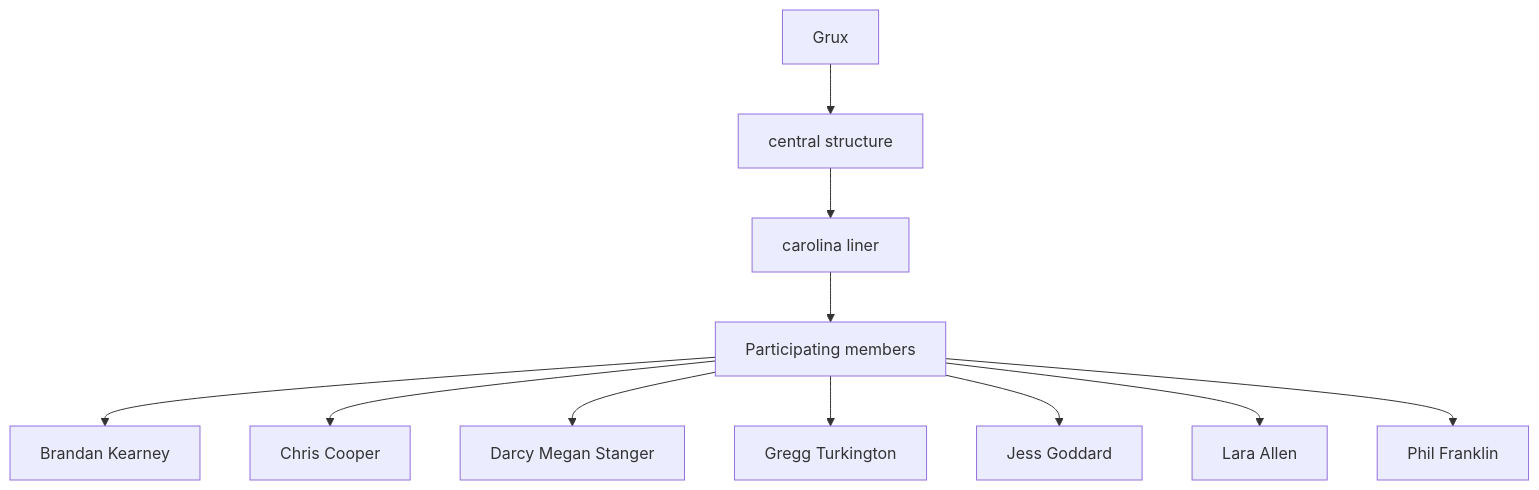
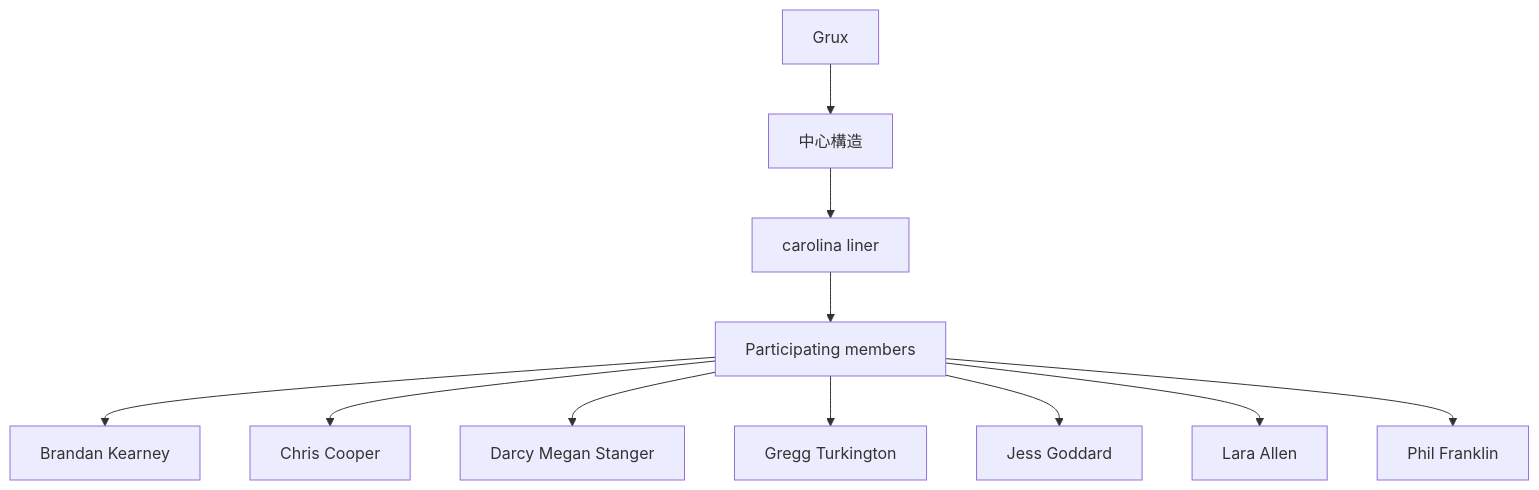
The first of 4 diagrams in en/_posts/2026-04-18-column-caroliner.md (monumental-movement/monumental-movement.github.io), drawn with Mermaid before and after one commit. The commit also changed other lines of this file and 445 other files, not shown here.

```diff
--- a/en/_posts/2026-04-18-column-caroliner.md
+++ b/en/_posts/2026-04-18-column-caroliner.md
@@ -68,13 +68,13 @@
 <div class="mermaid">
 flowchart TD
-A[Grux] --> B[central structure]
+A[Grux] --> B[中心構造]
 B --> C[carolina liner]
 C --> D[Participating members]
 D --> E[Brandan Kearney]
 D --> F[Chris Cooper]
 D --> G[Darcy Megan Stanger]
 D --> H[Gregg Turkington]
 D --> I[Jess Goddard]
 D --> J[Lara Allen]
 D --> K[Phil Franklin]
 </div>
```
